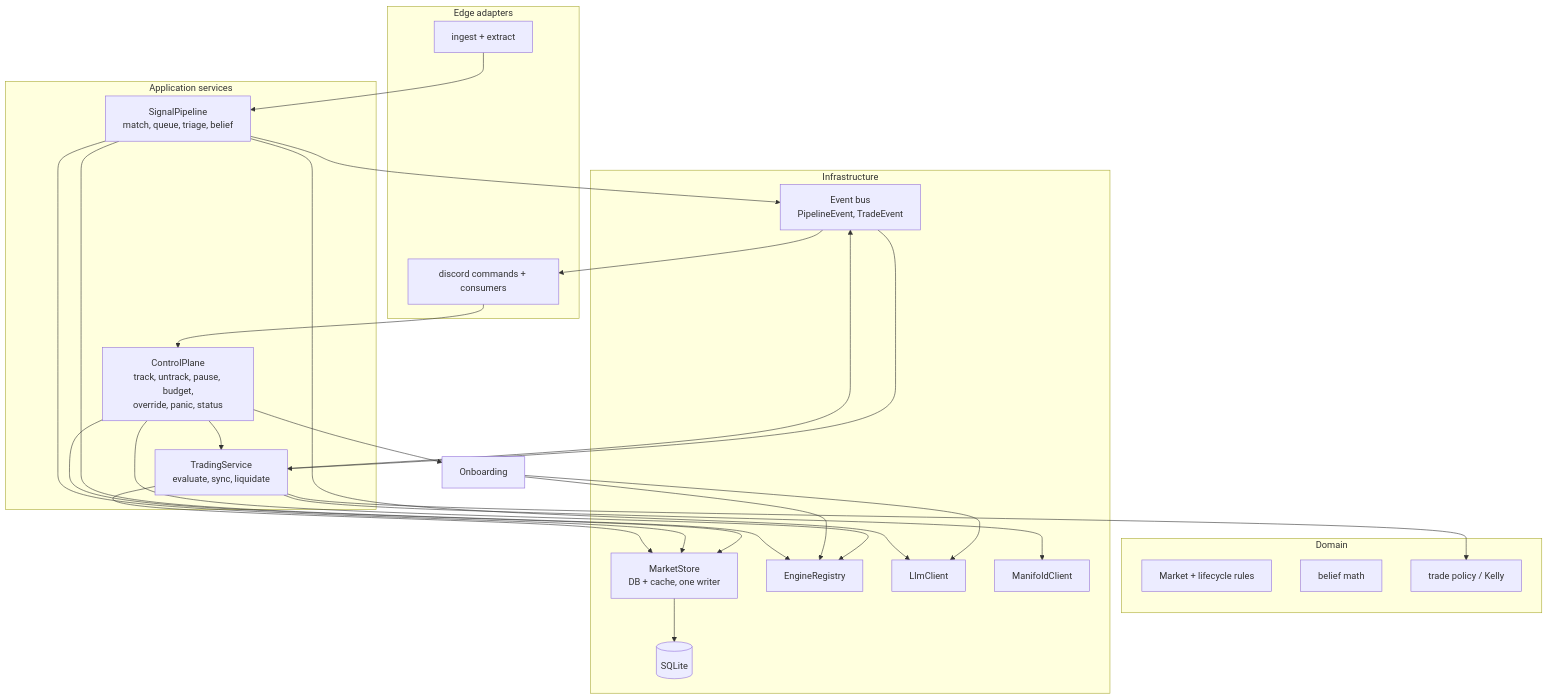
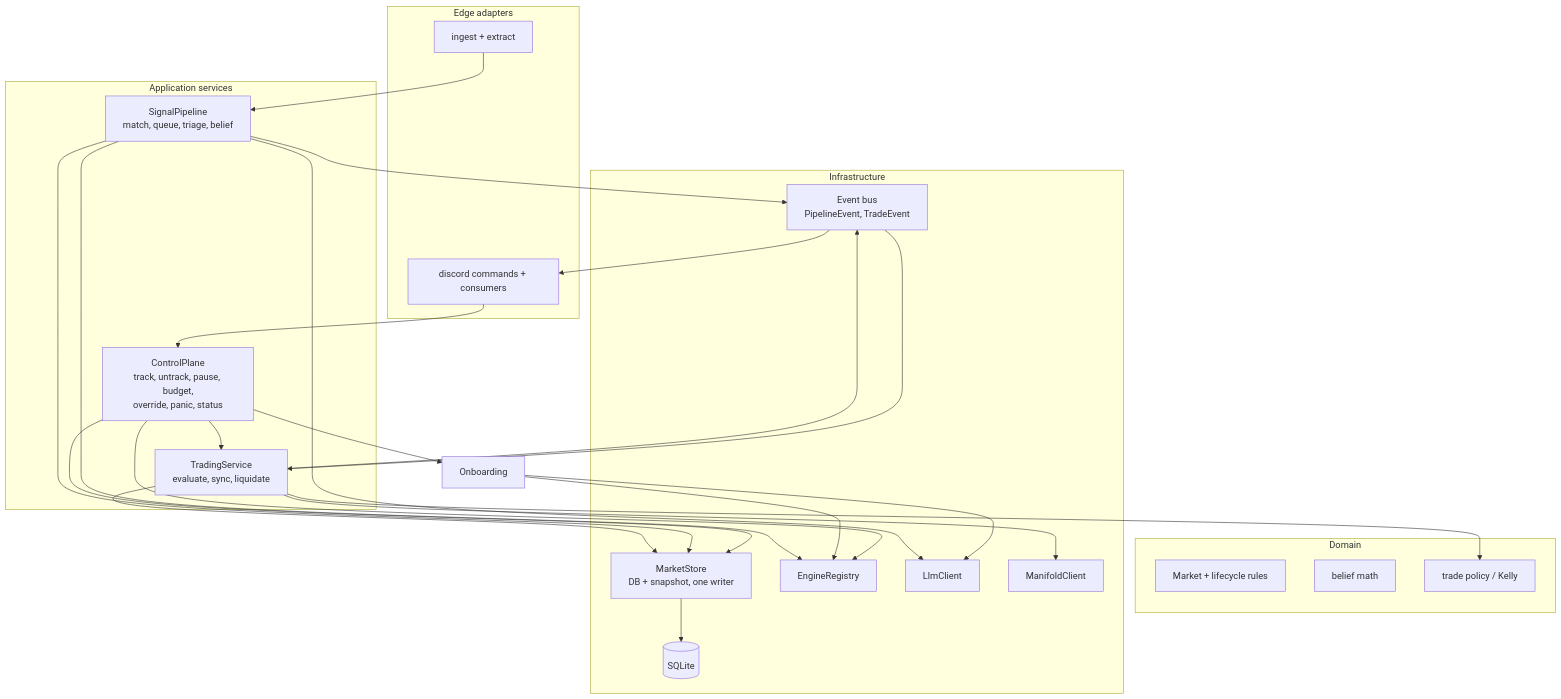
Before and after one commit to podikoglou/manif0ld: the seventh of 7 diagrams in docs/ARCHITECTURE.md, drawn with Mermaid. The commit also changed other lines of this file and 1 other file, not shown here.

First line of the commit message:
docs: record market state ownership

````diff
--- a/docs/ARCHITECTURE.md
+++ b/docs/ARCHITECTURE.md
@@ -897,45 +941,45 @@
 ```mermaid
 flowchart TB
     subgraph EDGE["Edge adapters"]
         INGEST2["ingest + extract"]
         DISCORD2["discord commands + consumers"]
     end
     subgraph APP["Application services"]
         CONTROL["ControlPlane<br/>track, untrack, pause, budget,<br/>override, panic, status"]
         PIPELINE2["SignalPipeline<br/>match, queue, triage, belief"]
         TRADING["TradingService<br/>evaluate, sync, liquidate"]
     end
     subgraph DOMAIN["Domain"]
         MARKET["Market + lifecycle rules"]
         BELIEF["belief math"]
         POLICY["trade policy / Kelly"]
     end
     subgraph INFRA["Infrastructure"]
-        STORE["MarketStore<br/>DB + cache, one writer"]
+        STORE["MarketStore<br/>DB + snapshot, one writer"]
         REG2["EngineRegistry"]
         LLM2["LlmClient"]
         MANIFOLD["ManifoldClient"]
         EVENTS["Event bus<br/>PipelineEvent, TradeEvent"]
         DB2[("SQLite")]
     end
 
     INGEST2 --> PIPELINE2
     DISCORD2 --> CONTROL
     CONTROL --> STORE
     CONTROL --> REG2
     CONTROL --> TRADING
     CONTROL --> Onboarding
     Onboarding --> LLM2
     Onboarding --> REG2
     PIPELINE2 --> REG2
     PIPELINE2 --> STORE
     PIPELINE2 --> LLM2
     PIPELINE2 --> EVENTS
     EVENTS --> TRADING
     TRADING --> POLICY
     TRADING --> MANIFOLD
     TRADING --> STORE
     TRADING --> EVENTS
     EVENTS --> DISCORD2
     STORE --> DB2
 ```
````
